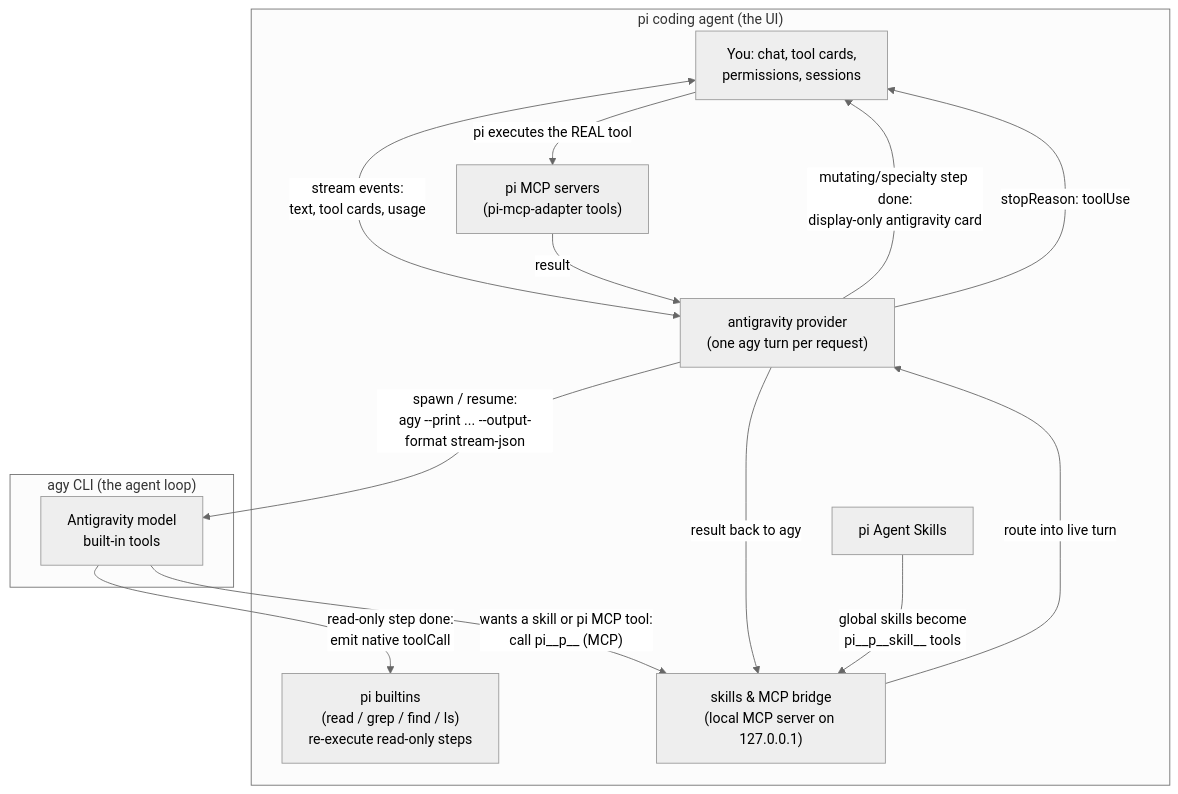
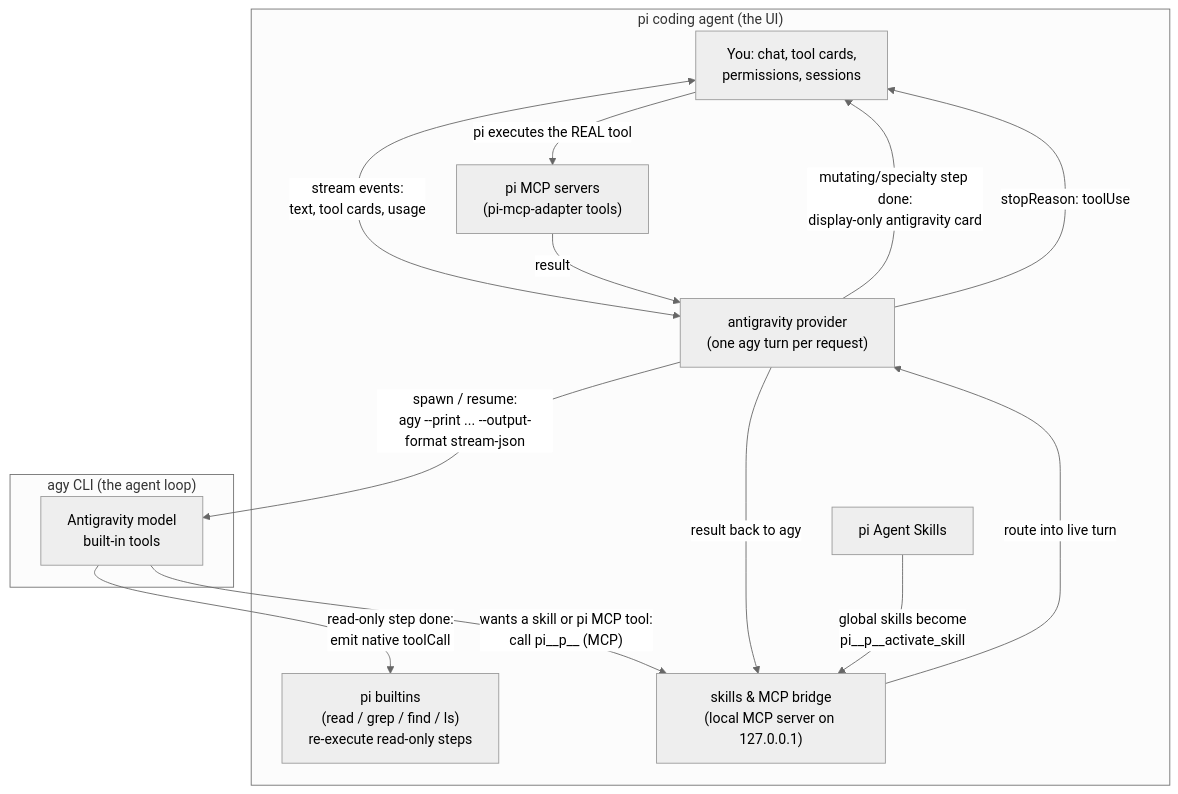
Before and after one commit to TianZuo555/pi-extensions: the diagram in packages/pi-antigravity/README.md, drawn with Mermaid (neutral theme). The commit also changed other lines of this file and 6 other files, not shown here.

First line of the commit message:
feat(pi-antigravity): bridge skills as one activate_skill tool

````diff
--- a/packages/pi-antigravity/README.md
+++ b/packages/pi-antigravity/README.md
@@ -18,27 +18,27 @@
 ```mermaid
 flowchart TB
     subgraph pi["pi coding agent (the UI)"]
         UI["You: chat, tool cards,\npermissions, sessions"]
         Prov["antigravity provider\n(one agy turn per request)"]
         Native["pi builtins\n(read / grep / find / ls)\nre-execute read-only steps"]
         Bridge["skills & MCP bridge\n(local MCP server on 127.0.0.1)"]
         Skills["pi Agent Skills"]
         Mcp["pi MCP servers\n(pi-mcp-adapter tools)"]
     end
 
     subgraph agy["agy CLI (the agent loop)"]
         Agent["Antigravity model\nbuilt-in tools"]
     end
 
     UI <-- "stream events:\ntext, tool cards, usage" --> Prov
     Prov -- "spawn / resume:\nagy --print ... --output-format stream-json" --> Agent
     Agent -- "read-only step done:\nemit native toolCall" --> Native
     Prov -- "mutating/specialty step done:\ndisplay-only antigravity card" --> UI
     Agent -- "wants a skill or pi MCP tool:\ncall pi__p<pid>__<name> (MCP)" --> Bridge
     Bridge -- "route into live turn" --> Prov
     Prov -- "stopReason: toolUse" --> UI
     UI -- "pi executes the REAL tool" --> Mcp
     Mcp -- "result" --> Prov
     Prov -- "result back to agy" --> Bridge
-    Skills -- "global skills become\npi__p<pid>__skill__<name> tools" --> Bridge
+    Skills -- "global skills become\npi__p<pid>__activate_skill" --> Bridge
 ```
````
